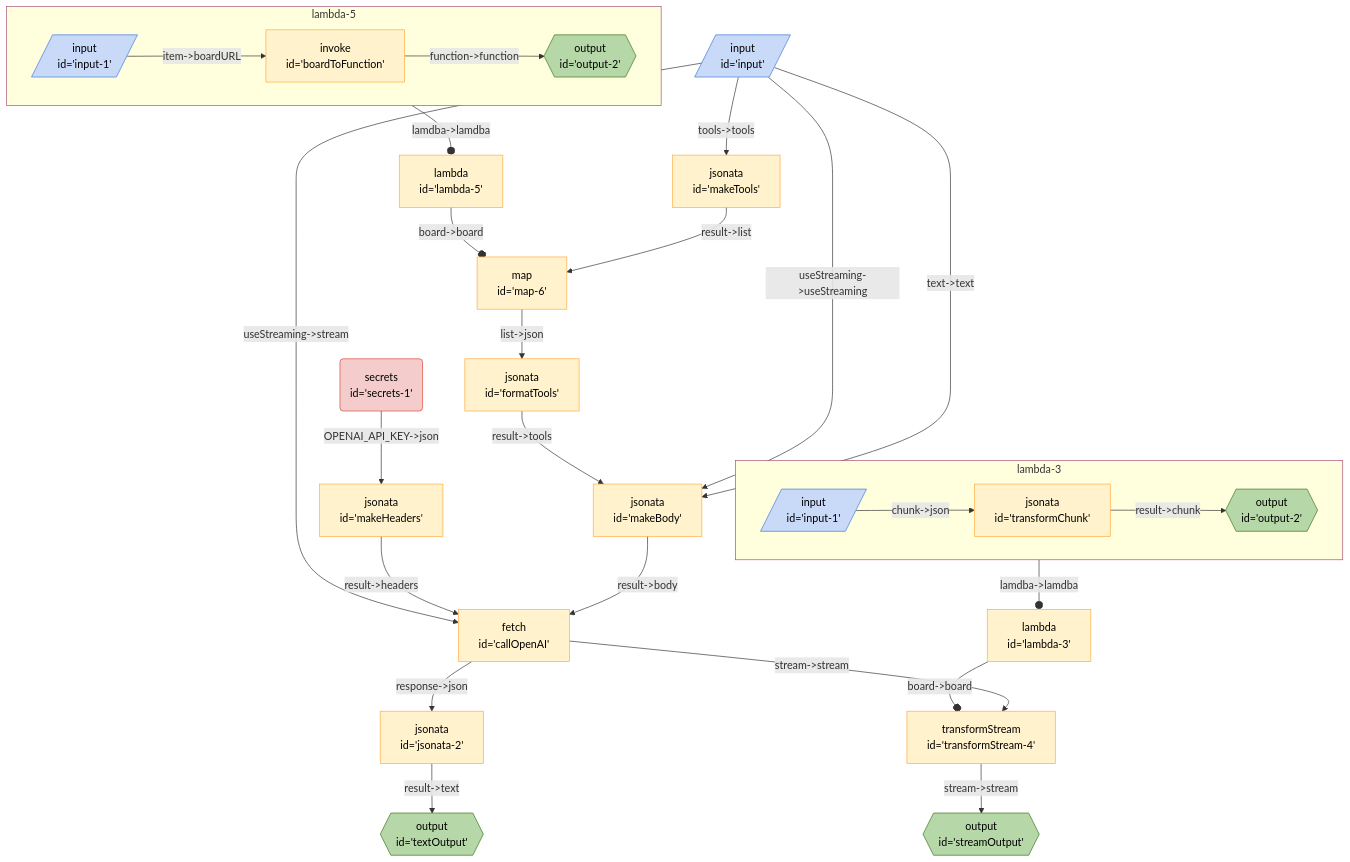
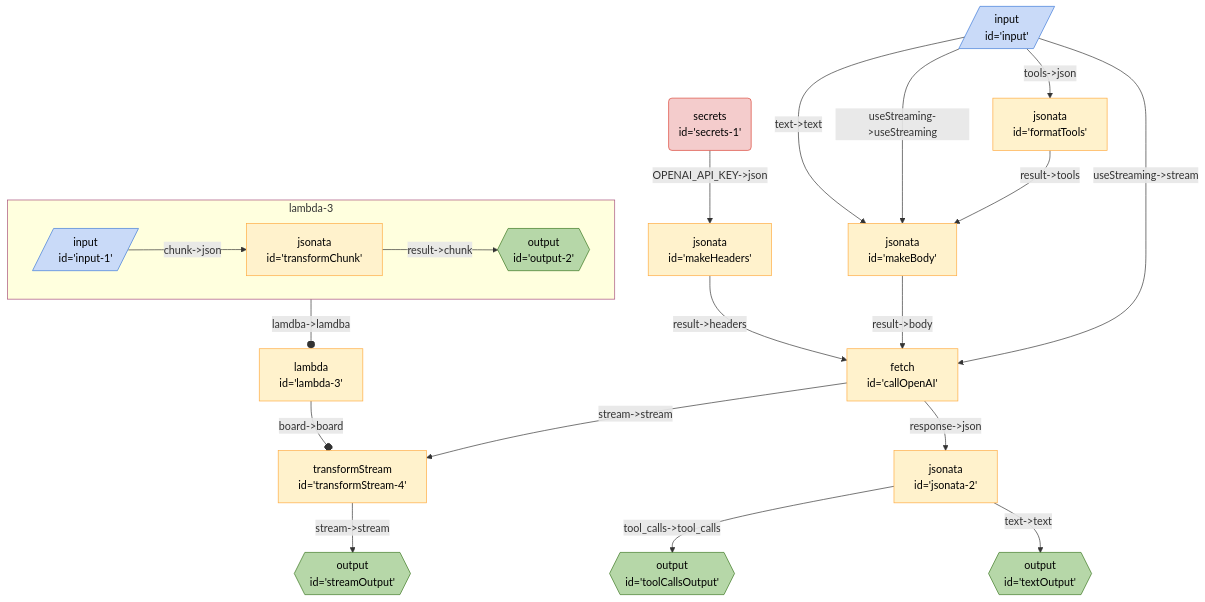
The diagram in seeds/breadboard-web/docs/graphs/openai-gpt-35-turbo.md (breadboard-ai/breadboard), drawn with Mermaid before and after one commit. The commit also changed 6 other files, not shown here.

Commit message:
[breadboard-web] Add a WIP Tool Caller board.

````diff
--- a/seeds/breadboard-web/docs/graphs/openai-gpt-35-turbo.md
+++ b/seeds/breadboard-web/docs/graphs/openai-gpt-35-turbo.md
@@ -3,40 +3,32 @@
 ```mermaid
 %%{init: 'themeVariables': { 'fontFamily': 'Fira Code, monospace' }}%%
 graph TD;
 secrets1("secrets <br> id='secrets-1'"):::secrets -- "OPENAI_API_KEY->json" --> makeHeaders["jsonata <br> id='makeHeaders'"]
 input[/"input <br> id='input'"/]:::input -- "useStreaming->stream" --> callOpenAI["fetch <br> id='callOpenAI'"]
 makeHeaders["jsonata <br> id='makeHeaders'"] -- "result->headers" --> callOpenAI["fetch <br> id='callOpenAI'"]
 lambda3["lambda <br> id='lambda-3'"] -- "board->board" --o transformStream4["transformStream <br> id='transformStream-4'"]
 subgraph sg_lambda3 [lambda-3]
 lambda3_transformChunk["jsonata <br> id='transformChunk'"] -- "result->chunk" --> lambda3_output2{{"output <br> id='output-2'"}}:::output
 lambda3_input1[/"input <br> id='input-1'"/]:::input -- "chunk->json" --> lambda3_transformChunk["jsonata <br> id='transformChunk'"]
 end
 sg_lambda3:::slotted -- "lamdba->lamdba" --o lambda3
 
-lambda5["lambda <br> id='lambda-5'"] -- "board->board" --o map6["map <br> id='map-6'"]
-subgraph sg_lambda5 [lambda-5]
-lambda5_boardToFunction["invoke <br> id='boardToFunction'"] -- "function->function" --> lambda5_output2{{"output <br> id='output-2'"}}:::output
-lambda5_input1[/"input <br> id='input-1'"/]:::input -- "item->boardURL" --> lambda5_boardToFunction["invoke <br> id='boardToFunction'"]
-end
-sg_lambda5:::slotted -- "lamdba->lamdba" --o lambda5
-
 formatTools["jsonata <br> id='formatTools'"] -- "result->tools" --> makeBody["jsonata <br> id='makeBody'"]
-map6["map <br> id='map-6'"] -- "list->json" --> formatTools["jsonata <br> id='formatTools'"]
-makeTools["jsonata <br> id='makeTools'"] -- "result->list" --> map6["map <br> id='map-6'"]
-input[/"input <br> id='input'"/]:::input -- "tools->tools" --> makeTools["jsonata <br> id='makeTools'"]
+input[/"input <br> id='input'"/]:::input -- "tools->json" --> formatTools["jsonata <br> id='formatTools'"]
 input[/"input <br> id='input'"/]:::input -- "useStreaming->useStreaming" --> makeBody["jsonata <br> id='makeBody'"]
-jsonata2["jsonata <br> id='jsonata-2'"] -- "result->text" --> textOutput{{"output <br> id='textOutput'"}}:::output
+jsonata2["jsonata <br> id='jsonata-2'"] -- "text->text" --> textOutput{{"output <br> id='textOutput'"}}:::output
+jsonata2["jsonata <br> id='jsonata-2'"] -- "tool_calls->tool_calls" --> toolCallsOutput{{"output <br> id='toolCallsOutput'"}}:::output
 callOpenAI["fetch <br> id='callOpenAI'"] -- "response->json" --> jsonata2["jsonata <br> id='jsonata-2'"]
 transformStream4["transformStream <br> id='transformStream-4'"] -- "stream->stream" --> streamOutput{{"output <br> id='streamOutput'"}}:::output
 callOpenAI["fetch <br> id='callOpenAI'"] -- "stream->stream" --> transformStream4["transformStream <br> id='transformStream-4'"]
 makeBody["jsonata <br> id='makeBody'"] -- "result->body" --> callOpenAI["fetch <br> id='callOpenAI'"]
 input[/"input <br> id='input'"/]:::input -- "text->text" --> makeBody["jsonata <br> id='makeBody'"]
 classDef default stroke:#ffab40,fill:#fff2ccff,color:#000
 classDef input stroke:#3c78d8,fill:#c9daf8ff,color:#000
 classDef output stroke:#38761d,fill:#b6d7a8ff,color:#000
 classDef passthrough stroke:#a64d79,fill:#ead1dcff,color:#000
 classDef slot stroke:#a64d79,fill:#ead1dcff,color:#000
 classDef config stroke:#a64d79,fill:#ead1dcff,color:#000
 classDef secrets stroke:#db4437,fill:#f4cccc,color:#000
 classDef slotted stroke:#a64d79
 ```
````
